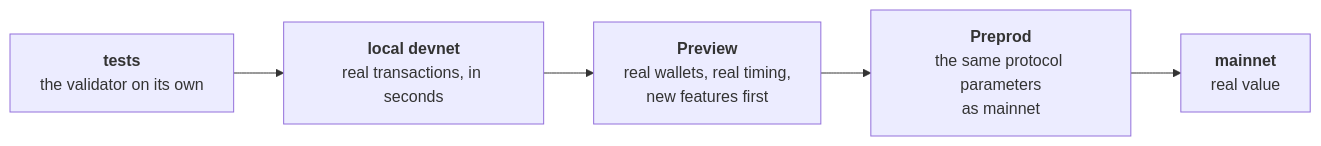
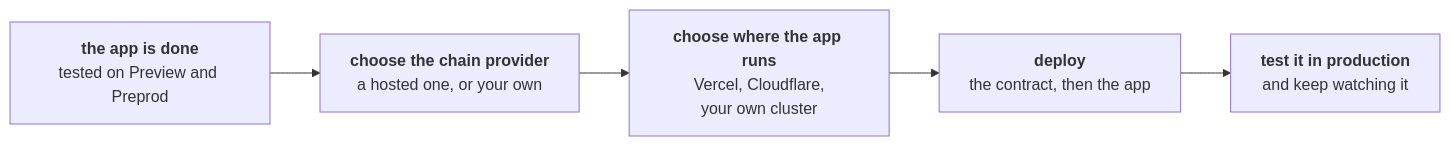
Before and after one commit to cardano-foundation/developer-portal: the first of 3 diagrams in docs/developers/onboarding/lectures/advanced/4-going-to-production.md, drawn with Mermaid. The commit also changed other lines of this file, not shown here.

Commit message:
Improve the Going to production lecture

````diff
--- a/docs/developers/onboarding/lectures/advanced/4-going-to-production.md
+++ b/docs/developers/onboarding/lectures/advanced/4-going-to-production.md
@@ -29,14 +29,13 @@
 ```mermaid
 flowchart LR
-    T["`**tests**
-    the validator on its own`"] --> D["`**local devnet**
-    real transactions, in seconds`"]
-    D --> PV["`**Preview**
-    real wallets, real timing,
-    new features first`"]
-    PV --> PP["`**Preprod**
-    the same protocol parameters
-    as mainnet`"]
-    PP --> M["`**mainnet**
-    real value`"]
+    A["`**the app is done**
+    tested on Preview and Preprod`"] --> P["`**choose the chain provider**
+    a hosted one, or your own`"]
+    P --> H["`**choose where the app runs**
+    Vercel, Cloudflare,
+    your own cluster`"]
+    H --> D["`**deploy**
+    the contract, then the app`"]
+    D --> T["`**test it in production**
+    and keep watching it`"]
 ```
````
